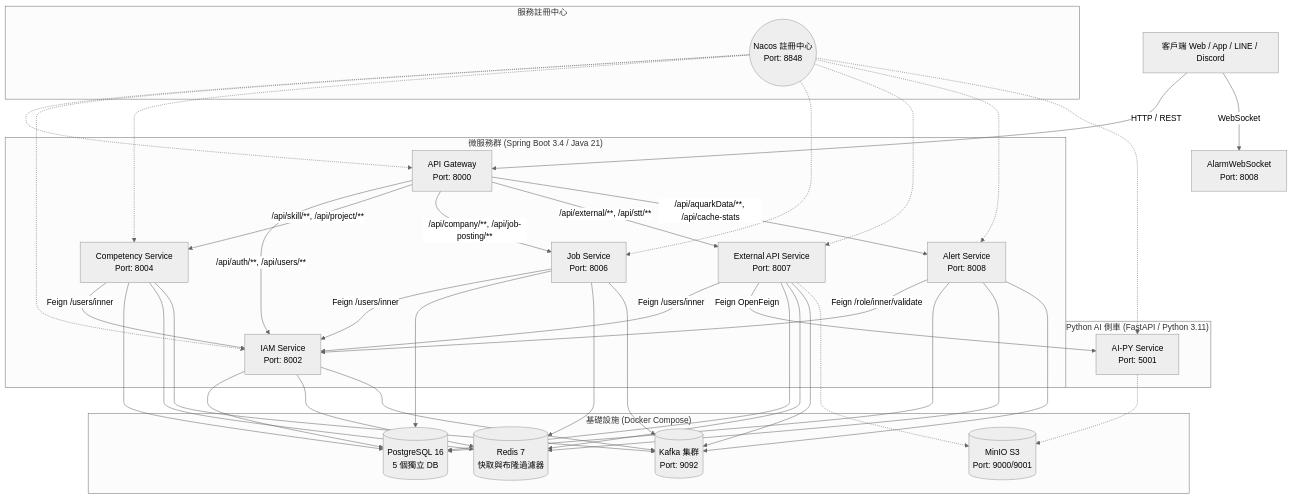
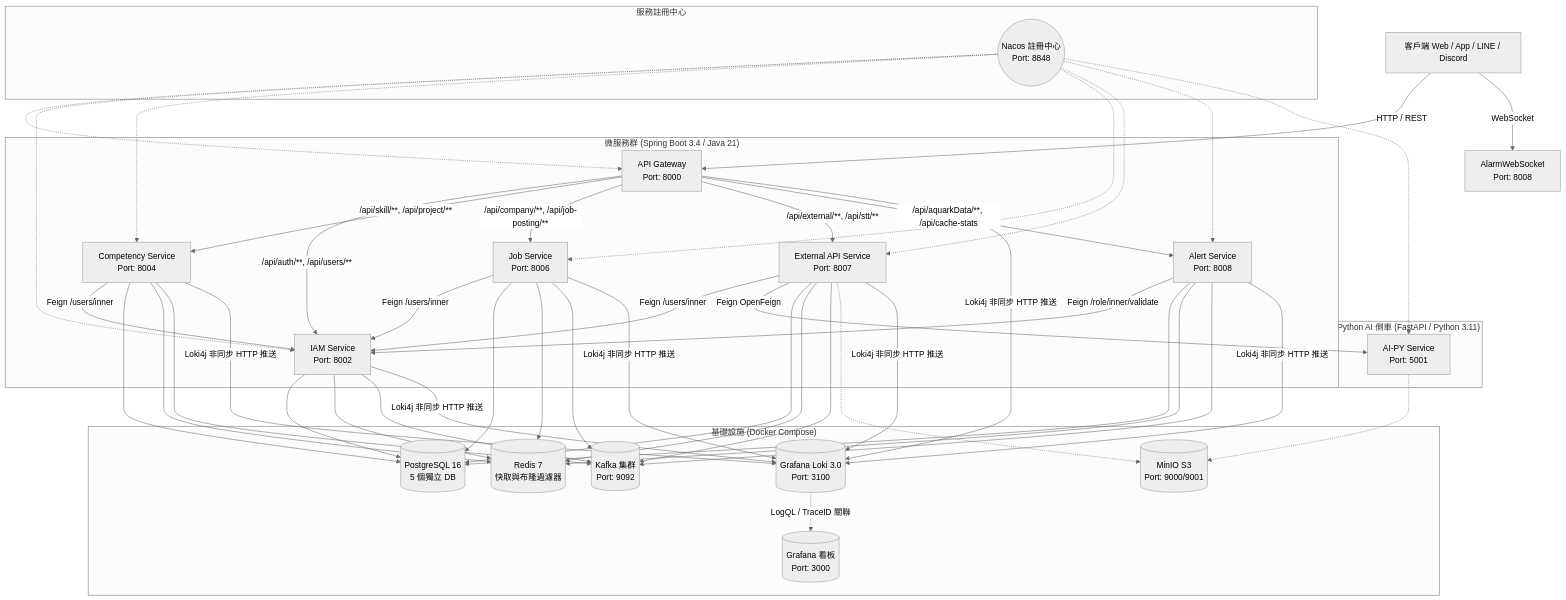
One commit to twinatrick/Backend-Architecture-Lab changed the first of 15 diagrams in README.md. Above: the diagram before and after it, drawn with Mermaid (neutral theme). The commit also changed other lines of this file, not shown here.

````diff
--- a/README.md
+++ b/README.md
@@ -34,42 +34,46 @@
 ```mermaid
 graph TB
     Client["客戶端 Web / App / LINE / Discord"] -->|HTTP / REST| GW["API Gateway<br/>Port: 8000"]
     Client -->|WebSocket| WS["AlarmWebSocket<br/>Port: 8008"]
 
     subgraph "服務註冊中心"
         NC(("Nacos 註冊中心<br/>Port: 8848"))
     end
 
     subgraph "微服務群 (Spring Boot 3.4 / Java 21)"
         GW -->|/api/auth/**, /api/users/**| IAM["IAM Service<br/>Port: 8002"]
         GW -->|/api/skill/**, /api/project/**| COMP["Competency Service<br/>Port: 8004"]
         GW -->|/api/company/**, /api/job-posting/**| JOB["Job Service<br/>Port: 8006"]
         GW -->|/api/external/**, /api/stt/**| EXT["External API Service<br/>Port: 8007"]
         GW -->|/api/aquarkData/**, /api/cache-stats| ALT["Alert Service<br/>Port: 8008"]
     end
 
     subgraph "Python AI 側車 (FastAPI / Python 3.11)"
         AIPY["AI-PY Service<br/>Port: 5001"]
     end
 
     NC -.-> GW & IAM & COMP & JOB & EXT & ALT & AIPY
 
     %% 跨服務 Feign 調用
     COMP -->|Feign /users/inner| IAM
     JOB -->|Feign /users/inner| IAM
     EXT -->|Feign /users/inner| IAM
     ALT -->|Feign /role/inner/validate| IAM
     EXT -->|Feign OpenFeign| AIPY
 
     subgraph "基礎設施 (Docker Compose)"
         PG[("PostgreSQL 16<br/>5 個獨立 DB")]
         RD[("Redis 7<br/>快取與布隆過濾器")]
         KF[("Kafka 集群<br/>Port: 9092")]
         MINIO[("MinIO S3<br/>Port: 9000/9001")]
+        LOKI[("Grafana Loki 3.0<br/>Port: 3100")]
+        GF[("Grafana 看板<br/>Port: 3000")]
     end
 
     IAM & COMP & JOB & EXT & ALT --> PG
     IAM & COMP & JOB & EXT & ALT --> RD
     IAM & COMP & JOB & EXT & ALT --> KF
     EXT & AIPY -.-> MINIO
+    GW & IAM & COMP & JOB & EXT & ALT -->|Loki4j 非同步 HTTP 推送| LOKI
+    LOKI -.->|LogQL / TraceID 關聯| GF
 ```
````
